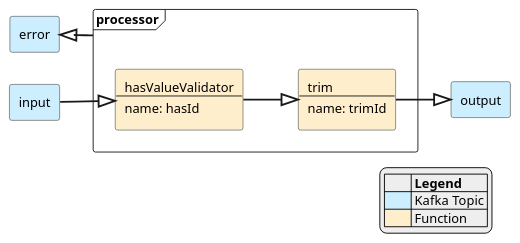
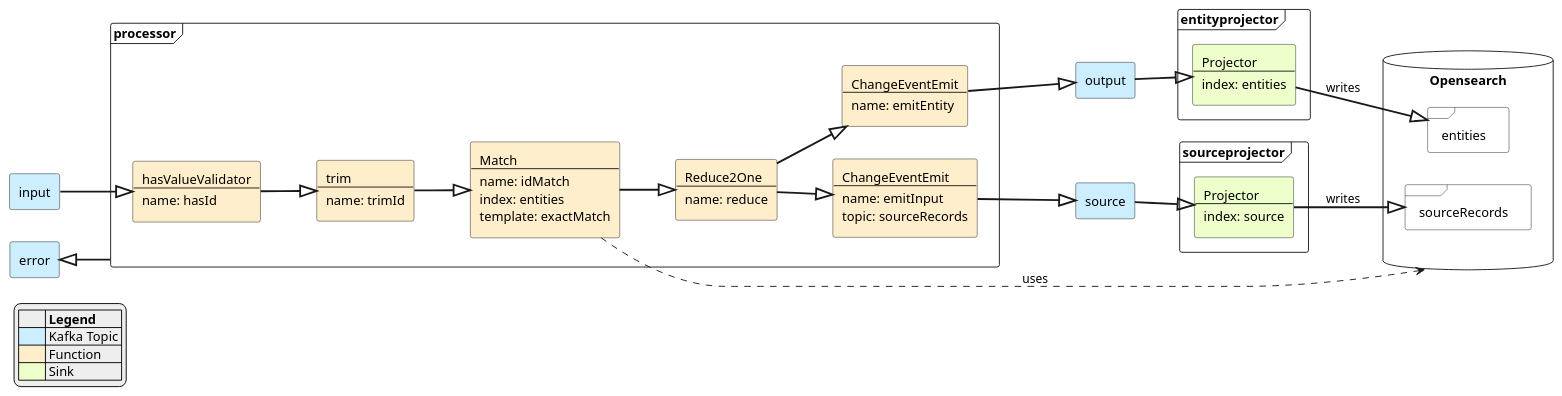
Before and after one commit to cthiele42/fnflow: the diagram in docs/modules/ROOT/pages/programming-model.adoc, drawn with PlantUML. The commit also changed other lines of this file, not shown here.

Commit message:
add programming model doc

```diff
--- a/docs/modules/ROOT/pages/programming-model.adoc
+++ b/docs/modules/ROOT/pages/programming-model.adoc
@@ -12,6 +20,7 @@
 
 hide <<Kafka Topic>> stereotype
 hide <<Function>> stereotype
+hide <<Sink>> stereotype
 
 skinparam backgroundColor transparent
 
@@ -19,6 +28,7 @@
     Style rectangle
     BackgroundColor<<Kafka Topic>> #cef
     BackgroundColor<<Function>> #fec
+    BackgroundColor<<Sink>> #efc
 }
 
 skinparam frame {
@@ -29,12 +39,21 @@
     BackgroundColor #eee
 }
 
+skinparam database {
+    BackgroundColor White
+}
+
 skinparam ranksep 0
 
 together {
     component "input" <<Kafka Topic>>
     component "error" <<Kafka Topic>>
 }
+database Opensearch {
+    frame entities
+    frame sourceRecords
+}
+
 frame "processor" {
     component hasId <<Function>> [
         hasValueValidator
@@ -46,18 +65,73 @@
         ---
         name: trimId
     ]
+    component idMatch <<Function>> [
+        Match
+        ---
+        name: idMatch
+        index: entities
+        template: exactMatch
+    ]
+    component reduce <<Function>> [
+        Reduce2One
+        ---
+        name: reduce
+    ]
+    component emitEntity <<Function>> [
+        ChangeEventEmit
+        ---
+        name: emitEntity
+    ]
+    component emitInput <<Function>> [
+        ChangeEventEmit
+        ---
+        name: emitInput
+        topic: sourceRecords
+    ]
 }
 component "output" <<Kafka Topic>>
+component "source" <<Kafka Topic>>
+
+frame "sourceprojector" {
+    component sourceProjector <<Sink>> [
+        Projector
+        ---
+        index: source
+    ]
+}
+
+frame "entityprojector" {
+    component entityProjector <<Sink>> [
+        Projector
+        ---
+        index: entities
+    ]
+}
+
 input .[hidden] error
 input ==|> hasId
 processor ==|> error
 hasId ==|> trim
-trim ==|> output
+trim ==|> idMatch
+idMatch ==|> reduce
+reduce ==|> emitEntity
+reduce ==|> emitInput
+emitEntity ==|> output
+emitInput ==|> source
 
-legend bottom right
+idMatch .....> Opensearch: uses
+
+source ==|> sourceProjector
+output ==|> entityProjector
+
+sourceProjector ==|> sourceRecords: writes
+entityProjector ==|> entities: writes
+
+legend bottom left
 |        |= Legend |
 |<#cef>   | Kafka Topic |
 |<#fec>  | Function |
+|<#efc>  | Sink |
 endlegend
 
 @enduml
```
